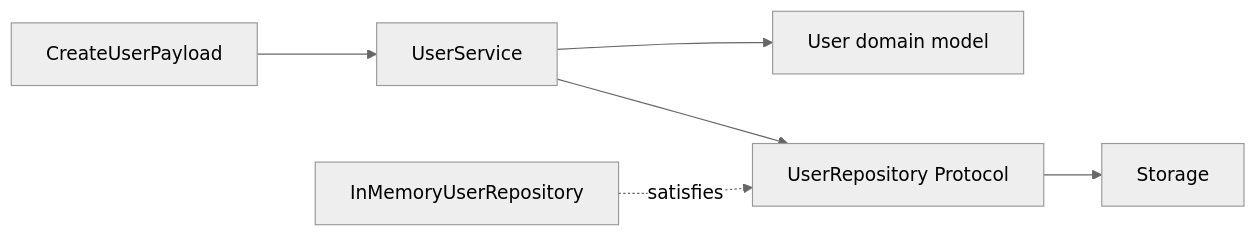
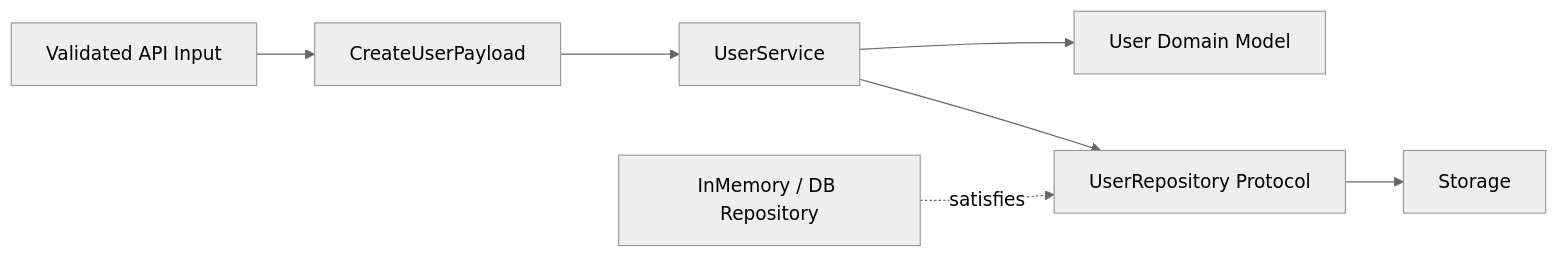
The third of 4 diagrams in src/content/python/type-hints-typing.md (AvadhBhalodiya/Interview-Preparation), drawn with Mermaid (neutral theme) before and after one commit. The commit also changed other lines of this file and 80 other files, not shown here.

````diff
--- a/src/content/python/type-hints-typing.md
+++ b/src/content/python/type-hints-typing.md
@@ -1479,8 +742,9 @@
 ```mermaid
 flowchart LR
-    A[CreateUserPayload] --> B[UserService]
-    B --> C[User domain model]
-    B --> D[UserRepository Protocol]
-    E[InMemoryUserRepository] -. satisfies .-> D
-    D --> F[Storage]
+    A[Validated API Input] --> B[CreateUserPayload]
+    B --> C[UserService]
+    C --> D[User Domain Model]
+    C --> E[UserRepository Protocol]
+    F[InMemory / DB Repository] -. satisfies .-> E
+    E --> G[Storage]
 ```
````
